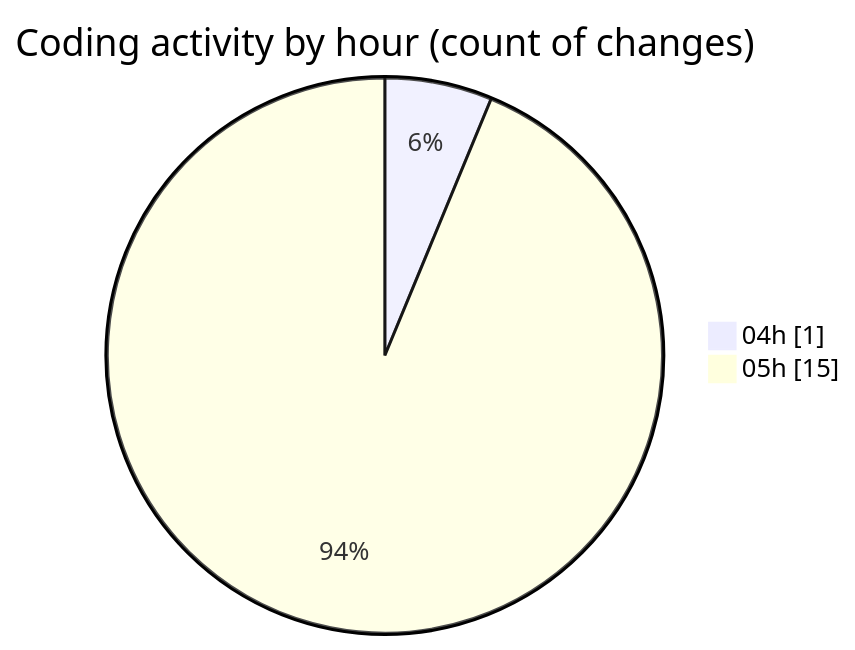
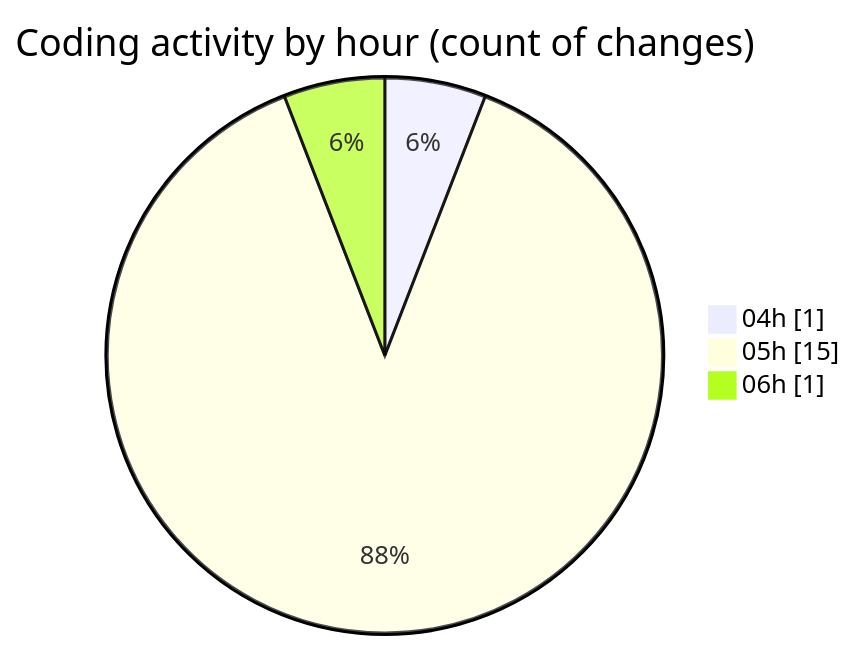
Before and after one commit to vahidmafi/code-tracking: the second of 2 diagrams in 2025-03-24/zeytoon/README.md, drawn with Mermaid. The commit also changed other lines of this file and 1 other file, not shown here.

````diff
--- a/2025-03-24/zeytoon/README.md
+++ b/2025-03-24/zeytoon/README.md
@@ -35,6 +35,7 @@
 ```mermaid
 pie showData
 title Coding activity by hour (count of changes)
 "04h" : 1
 "05h" : 15
+"06h" : 1
 ```
````
